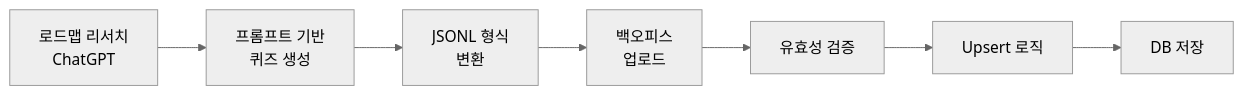
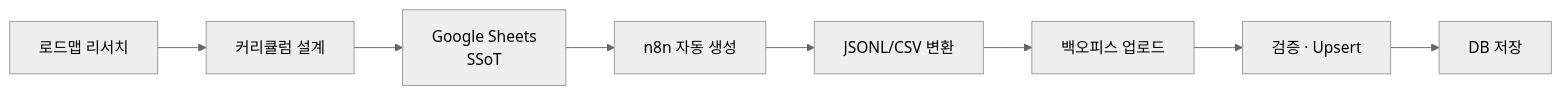
Before and after one commit to pcwadarong/web21-funda: the diagram in README.md, drawn with Mermaid (neutral theme). The commit also changed other lines of this file, not shown here.

````diff
--- a/README.md
+++ b/README.md
@@ -77,9 +131,10 @@
 ```mermaid
-graph LR
-    A[로드맵 리서치<br/>ChatGPT] --> B[프롬프트 기반<br/>퀴즈 생성]
-    B --> C[JSONL 형식<br/>변환]
-    C --> D[백오피스<br/>업로드]
-    D --> E[유효성 검증]
-    E --> F[Upsert 로직]
-    F --> G[DB 저장]
+flowchart LR
+  A[로드맵 리서치] --> B[커리큘럼 설계]
+  B --> C[Google Sheets<br/>SSoT]
+  C --> D[n8n 자동 생성]
+  D --> E[JSONL/CSV 변환]
+  E --> F[백오피스 업로드]
+  F --> G[검증 · Upsert]
+  G --> H[DB 저장]
 ```
````
